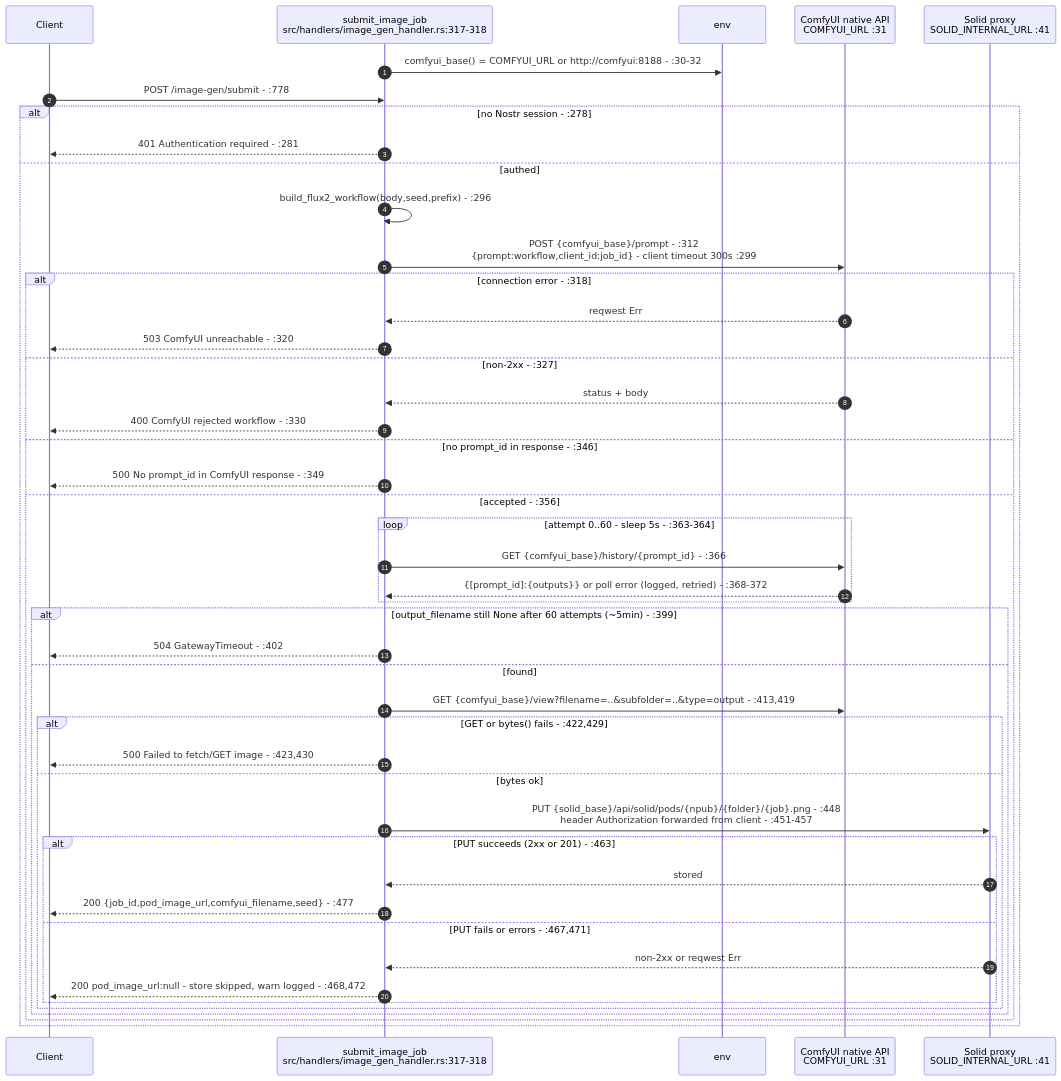
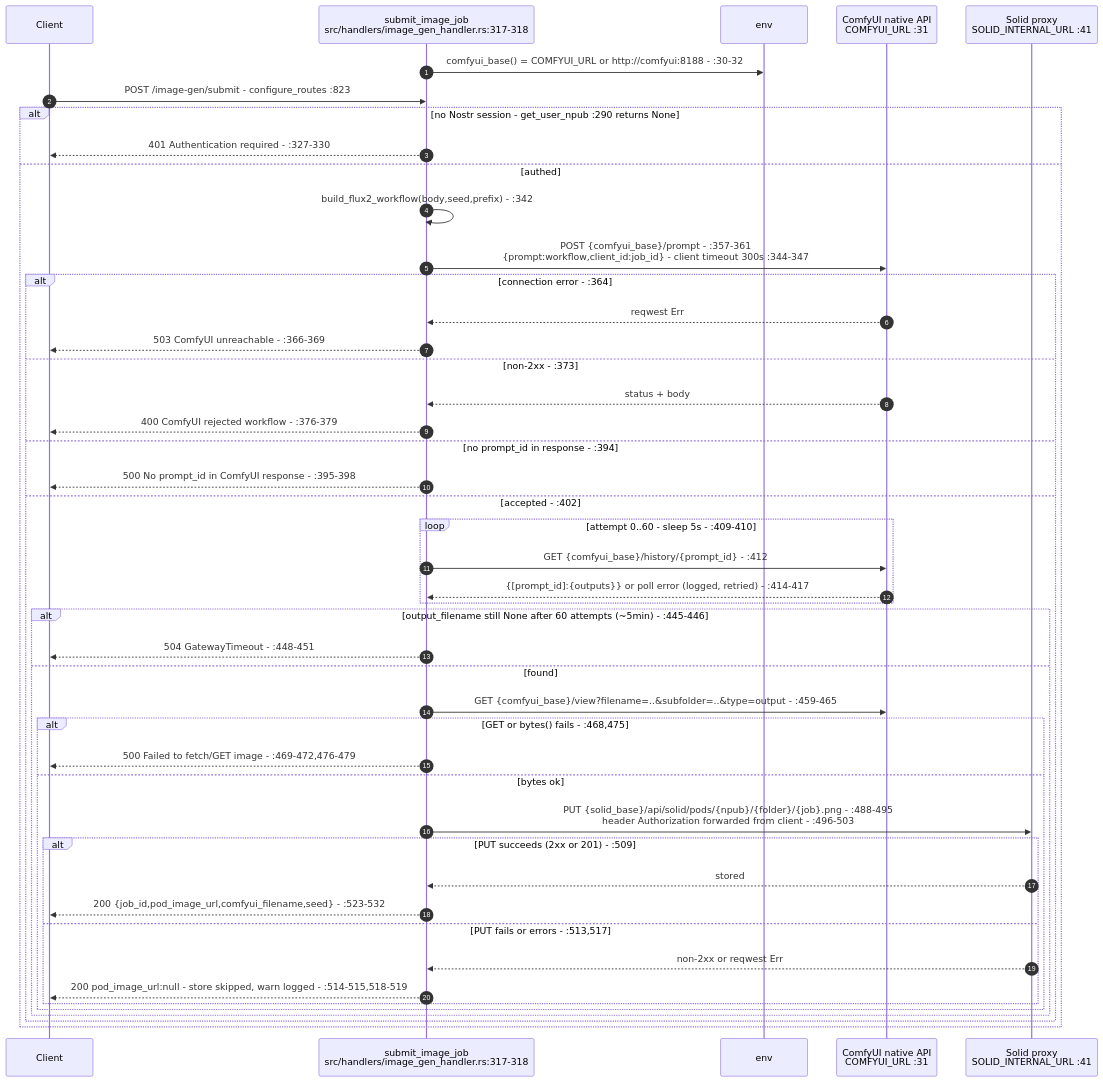
The fourth of 9 diagrams in docs/diagrams/visionclaw/28-external-services.md (DreamLab-AI/VisionFlow), drawn with Mermaid before and after one commit. The commit also changed other lines of this file and 52 other files, not shown here.

First line of the commit message:
docs(diagrams): wave 3 checkpoint — bare line refs resolved, revision-pinned cite-check, VC-05/AB-01..13 re-attested

````diff
--- a/docs/diagrams/visionclaw/28-external-services.md
+++ b/docs/diagrams/visionclaw/28-external-services.md
@@ -166,49 +166,49 @@
 ```mermaid
 sequenceDiagram
     autonumber
     participant C as Client
     participant IG as submit_image_job<br/>src/handlers/image_gen_handler.rs:317-318
     participant ENV as env
     participant CF as ComfyUI native API<br/>COMFYUI_URL :31
     participant SOLID as Solid proxy<br/>SOLID_INTERNAL_URL :41
 
     IG->>ENV: comfyui_base() = COMFYUI_URL or http://comfyui:8188 - :30-32
-    C->>IG: POST /image-gen/submit - :778
-    alt no Nostr session - :278
-        IG-->>C: 401 Authentication required - :281
+    C->>IG: POST /image-gen/submit - configure_routes :823
+    alt no Nostr session - get_user_npub :290 returns None
+        IG-->>C: 401 Authentication required - :327-330
     else authed
-        IG->>IG: build_flux2_workflow(body,seed,prefix) - :296
-        IG->>CF: POST {comfyui_base}/prompt - :312<br/>{prompt:workflow,client_id:job_id} - client timeout 300s :299
-        alt connection error - :318
+        IG->>IG: build_flux2_workflow(body,seed,prefix) - :342
+        IG->>CF: POST {comfyui_base}/prompt - :357-361<br/>{prompt:workflow,client_id:job_id} - client timeout 300s :344-347
+        alt connection error - :364
             CF-->>IG: reqwest Err
-            IG-->>C: 503 ComfyUI unreachable - :320
-        else non-2xx - :327
+            IG-->>C: 503 ComfyUI unreachable - :366-369
+        else non-2xx - :373
             CF-->>IG: status + body
-            IG-->>C: 400 ComfyUI rejected workflow - :330
-        else no prompt_id in response - :346
-            IG-->>C: 500 No prompt_id in ComfyUI response - :349
-        else accepted - :356
-            loop attempt 0..60 - sleep 5s - :363-364
-                IG->>CF: GET {comfyui_base}/history/{prompt_id} - :366
-                CF-->>IG: {[prompt_id]:{outputs}} or poll error (logged, retried) - :368-372
+            IG-->>C: 400 ComfyUI rejected workflow - :376-379
+        else no prompt_id in response - :394
+            IG-->>C: 500 No prompt_id in ComfyUI response - :395-398
+        else accepted - :402
+            loop attempt 0..60 - sleep 5s - :409-410
+                IG->>CF: GET {comfyui_base}/history/{prompt_id} - :412
+                CF-->>IG: {[prompt_id]:{outputs}} or poll error (logged, retried) - :414-417
             end
-            alt output_filename still None after 60 attempts (~5min) - :399
-                IG-->>C: 504 GatewayTimeout - :402
+            alt output_filename still None after 60 attempts (~5min) - :445-446
+                IG-->>C: 504 GatewayTimeout - :448-451
             else found
-                IG->>CF: GET {comfyui_base}/view?filename=..&subfolder=..&type=output - :413,419
-                alt GET or bytes() fails - :422,429
-                    IG-->>C: 500 Failed to fetch/GET image - :423,430
+                IG->>CF: GET {comfyui_base}/view?filename=..&subfolder=..&type=output - :459-465
+                alt GET or bytes() fails - :468,475
+                    IG-->>C: 500 Failed to fetch/GET image - :469-472,476-479
                 else bytes ok
-                    IG->>SOLID: PUT {solid_base}/api/solid/pods/{npub}/{folder}/{job}.png - :448<br/>header Authorization forwarded from client - :451-457
-                    alt PUT succeeds (2xx or 201) - :463
+                    IG->>SOLID: PUT {solid_base}/api/solid/pods/{npub}/{folder}/{job}.png - :488-495<br/>header Authorization forwarded from client - :496-503
+                    alt PUT succeeds (2xx or 201) - :509
                         SOLID-->>IG: stored
-                        IG-->>C: 200 {job_id,pod_image_url,comfyui_filename,seed} - :477
-                    else PUT fails or errors - :467,471
+                        IG-->>C: 200 {job_id,pod_image_url,comfyui_filename,seed} - :523-532
+                    else PUT fails or errors - :513,517
                         SOLID-->>IG: non-2xx or reqwest Err
-                        IG-->>C: 200 pod_image_url:null - store skipped, warn logged - :468,472
+                        IG-->>C: 200 pod_image_url:null - store skipped, warn logged - :514-515,518-519
                     end
                 end
             end
         end
     end
 ```
````
